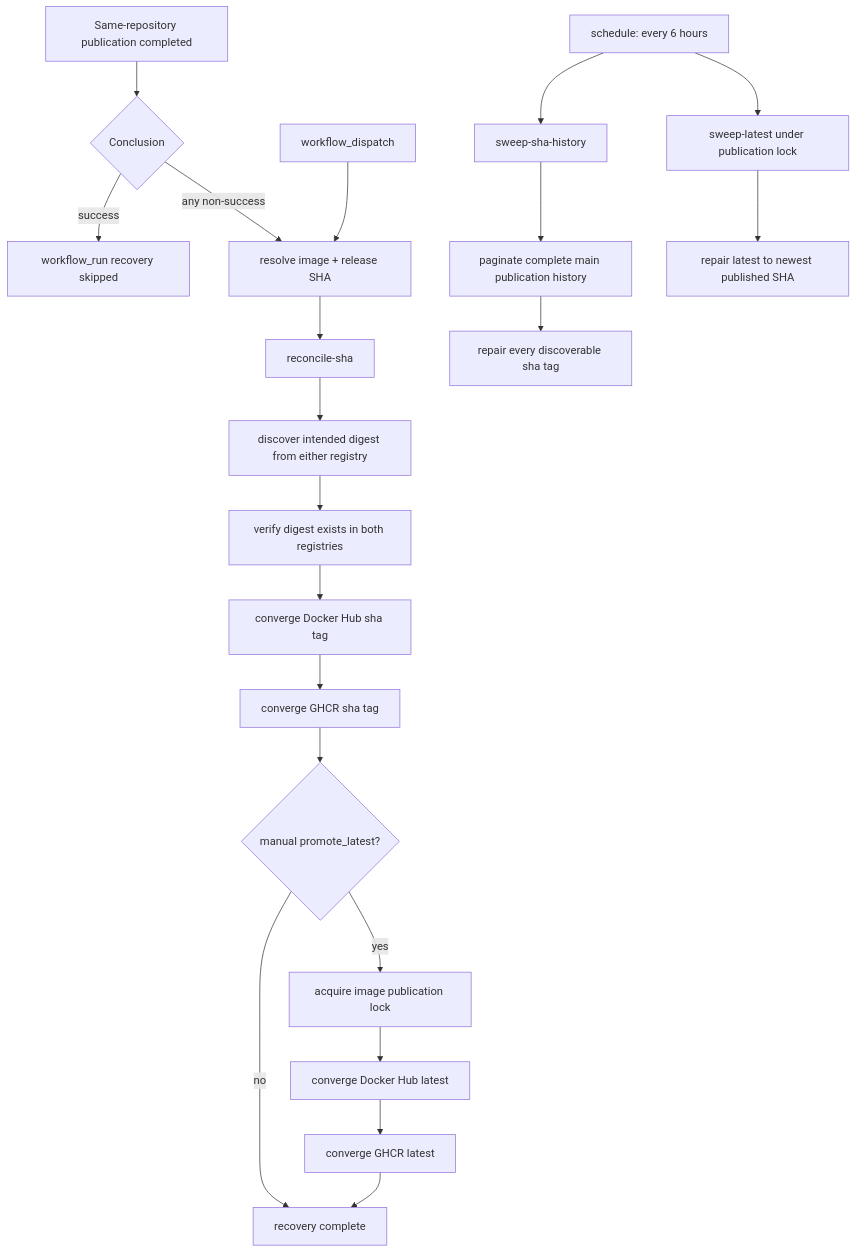
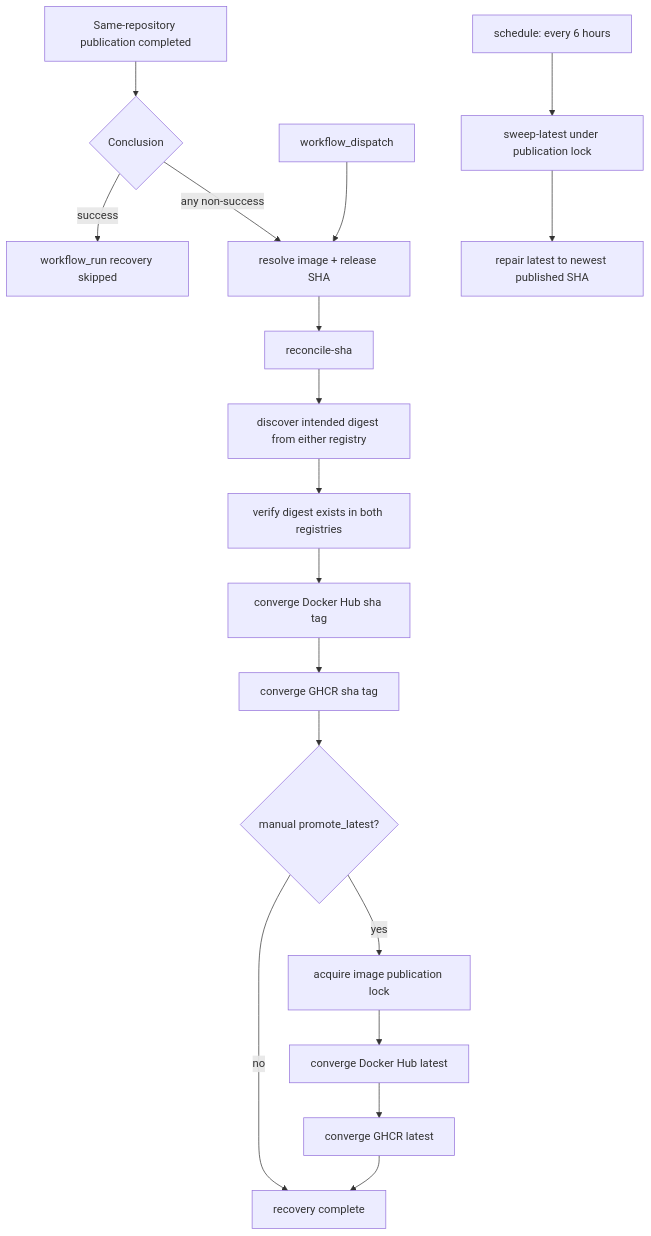
The third of 3 diagrams in ARCHITECTURE.md (mrgeneralgoo/forge-images), drawn with Mermaid before and after one commit. The commit also changed other lines of this file and 3 other files, not shown here.

First line of the commit message:
fix(ci): remove scheduled full-history tag reconciliation

````diff
--- a/ARCHITECTURE.md
+++ b/ARCHITECTURE.md
@@ -181,25 +178,22 @@
 ```mermaid
 flowchart TD
     COMPLETE["Same-repository publication completed"] --> CONCLUSION{"Conclusion"}
     CONCLUSION -->|"success"| SKIP["workflow_run recovery skipped"]
     CONCLUSION -->|"any non-success"| RESOLVE["resolve image + release SHA"]
     MANUAL["workflow_dispatch"] --> RESOLVE
 
     RESOLVE --> SHA["reconcile-sha"]
     SHA --> DISCOVER["discover intended digest from either registry"]
     DISCOVER --> VERIFY["verify digest exists in both registries"]
     VERIFY --> DH_SHA["converge Docker Hub sha tag"]
     DH_SHA --> GHCR_SHA["converge GHCR sha tag"]
     GHCR_SHA --> OPTIONAL{"manual promote_latest?"}
     OPTIONAL -->|"no"| DONE["recovery complete"]
     OPTIONAL -->|"yes"| LOCK["acquire image publication lock"]
     LOCK --> DH_LATEST["converge Docker Hub latest"]
     DH_LATEST --> GHCR_LATEST["converge GHCR latest"]
     GHCR_LATEST --> DONE
 
-    SCHEDULE["schedule: every 6 hours"] --> HISTORY["sweep-sha-history"]
-    HISTORY --> PAGINATE["paginate complete main publication history"]
-    PAGINATE --> REPAIR_SHA["repair every discoverable sha tag"]
-    SCHEDULE --> LATEST["sweep-latest under publication lock"]
+    SCHEDULE["schedule: every 6 hours"] --> LATEST["sweep-latest under publication lock"]
     LATEST --> NEWEST["repair latest to newest published SHA"]
 ```
````
